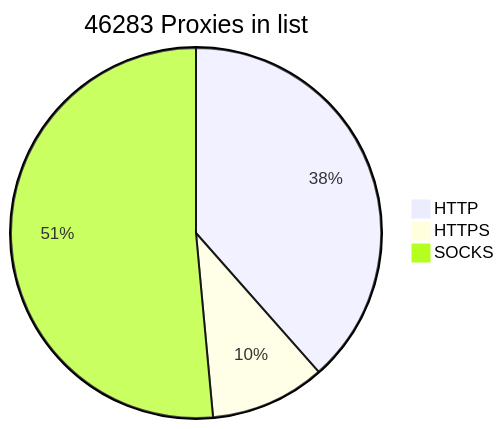
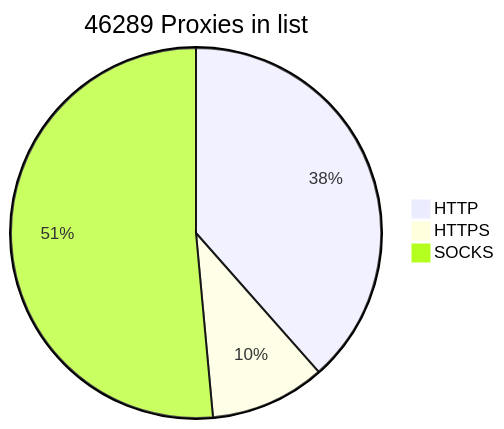
Before and after one commit to BlackSnowDot/proxylist-update-every-minute: the diagram in README.md, drawn with Mermaid.

````diff
--- a/README.md
+++ b/README.md
@@ -2,6 +2,6 @@
 ```mermaid
-pie title 46283 Proxies in list
-    "HTTP" : 19507
-    "HTTPS": 5093
+pie title 46289 Proxies in list
+    "HTTP" : 19510
+    "HTTPS": 5095
     "SOCKS" : 26091
 ```
````
